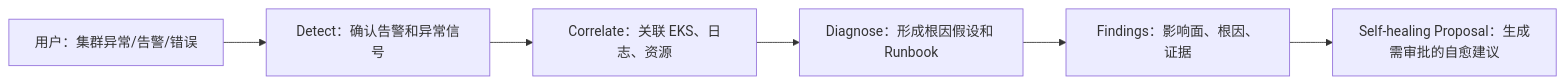
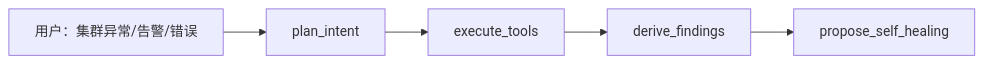
One commit to chunxili/aiops changed the fifth of 10 diagrams in README.md. Above: the diagram before and after it, drawn with Mermaid. The commit also changed other lines of this file and 4 other files, not shown here.

````diff
--- a/README.md
+++ b/README.md
@@ -214,8 +214,7 @@
 ```mermaid
 flowchart LR
-  Input["用户：集群异常/告警/错误"] --> Detect["Detect：确认告警和异常信号"]
-  Detect --> Correlate["Correlate：关联 EKS、日志、资源"]
-  Correlate --> Diagnose["Diagnose：形成根因假设和 Runbook"]
-  Diagnose --> Findings["Findings：影响面、根因、证据"]
-  Findings --> Heal["Self-healing Proposal：生成需审批的自愈建议"]
+  Input["用户：集群异常/告警/错误"] --> Plan["plan_intent"]
+  Plan --> Execute["execute_tools"]
+  Execute --> Findings["derive_findings"]
+  Findings --> Heal["propose_self_healing"]
 ```
````
